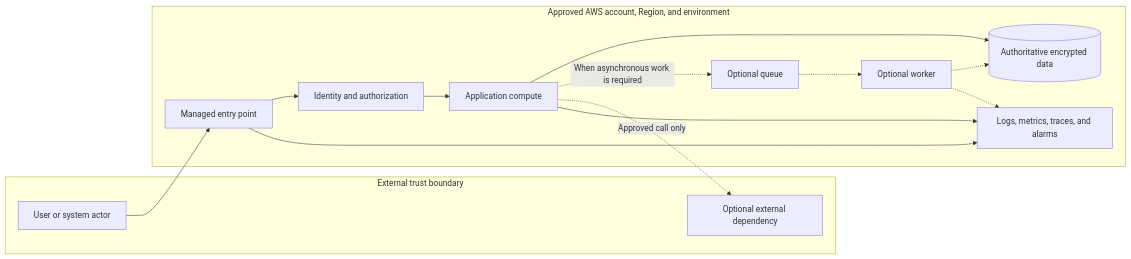
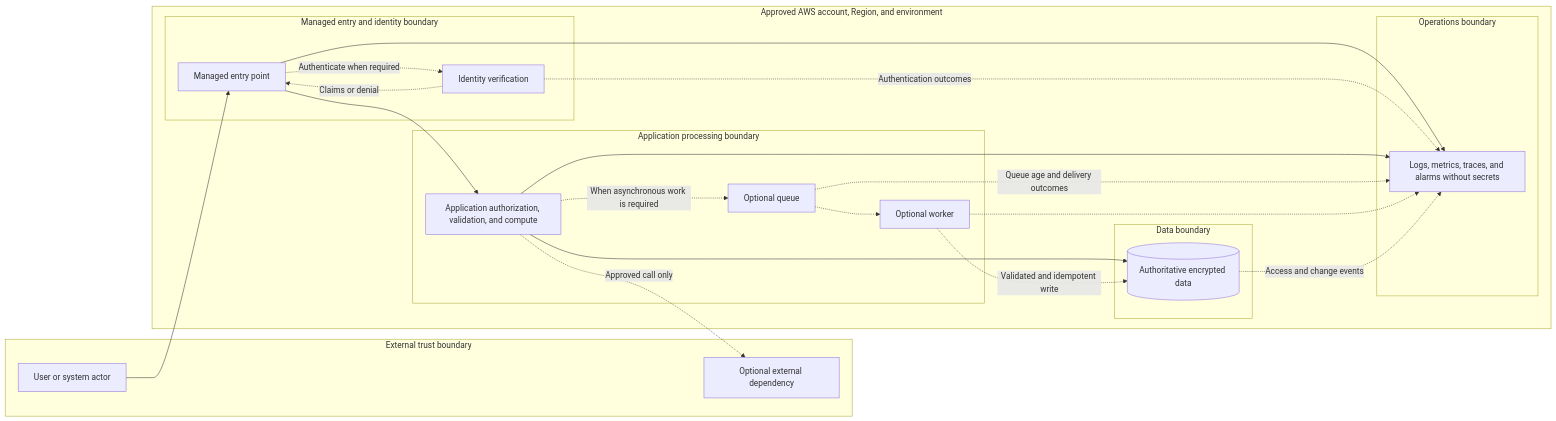
The second of 5 diagrams in docs/project/PRD.md (Levi-Breedlove/aws-bootstrap), drawn with Mermaid before and after one commit. The commit also changed other lines of this file and 9 other files, not shown here.

First line of the commit message:
docs: harden diagrams and property verification (#23)

````diff
--- a/docs/project/PRD.md
+++ b/docs/project/PRD.md
@@ -554,27 +567,41 @@
 ```mermaid
 flowchart LR
     subgraph External["External trust boundary"]
         Actor[User or system actor]
         ExternalDependency[Optional external dependency]
     end
 
     subgraph AWS["Approved AWS account, Region, and environment"]
-        Entry[Managed entry point]
-        Identity[Identity and authorization]
-        App[Application compute]
-        Queue[Optional queue]
-        Worker[Optional worker]
-        Data[(Authoritative encrypted data)]
-        Obs[Logs, metrics, traces, and alarms]
+        subgraph Edge["Managed entry and identity boundary"]
+            Entry[Managed entry point]
+            Identity[Identity verification]
+        end
+        subgraph Processing["Application processing boundary"]
+            App[Application authorization, validation, and compute]
+            Queue[Optional queue]
+            Worker[Optional worker]
+        end
+        subgraph DataBoundary["Data boundary"]
+            Data[(Authoritative encrypted data)]
+        end
+        subgraph Operations["Operations boundary"]
+            Obs[Logs, metrics, traces, and alarms without secrets]
+        end
     end
 
-    Actor --> Entry --> Identity --> App
+    Actor --> Entry
+    Entry -. Authenticate when required .-> Identity
+    Identity -. Claims or denial .-> Entry
+    Entry --> App
     App --> Data
     App -. When asynchronous work is required .-> Queue
     Queue -.-> Worker
-    Worker -.-> Data
+    Worker -. Validated and idempotent write .-> Data
     App -. Approved call only .-> ExternalDependency
     Entry --> Obs
+    Identity -. Authentication outcomes .-> Obs
     App --> Obs
+    Queue -. Queue age and delivery outcomes .-> Obs
     Worker -.-> Obs
+    Data -. Access and change events .-> Obs
 ```
````
